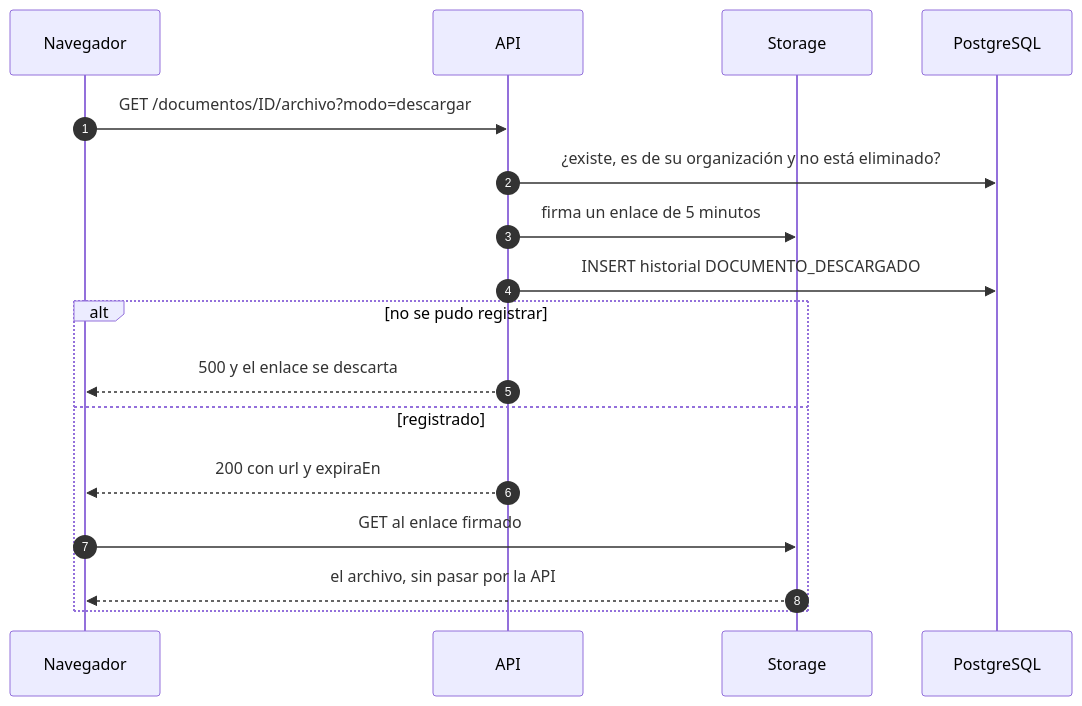
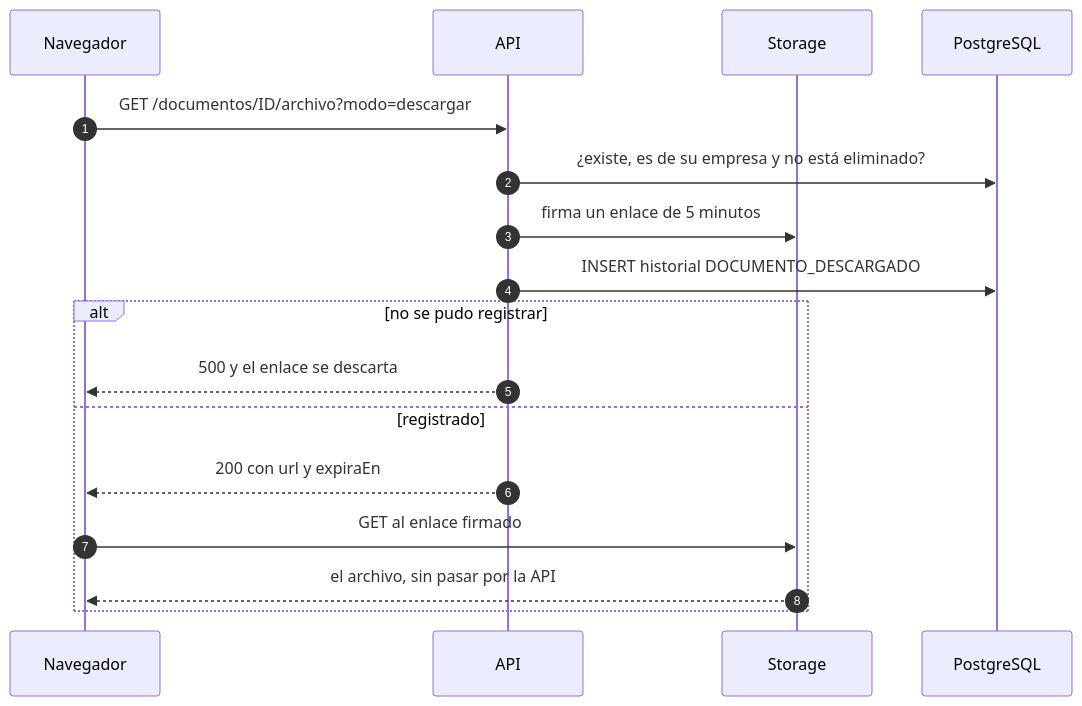
The sixth of 7 diagrams in docs/02-arquitectura.md (EarthBoundll/GestionDocumental), drawn with Mermaid before and after one commit. The commit also changed other lines of this file and 8 other files, not shown here.

````diff
--- a/docs/02-arquitectura.md
+++ b/docs/02-arquitectura.md
@@ -129,19 +161,19 @@
 ```mermaid
 sequenceDiagram
     autonumber
     participant N as Navegador
     participant A as API
     participant S as Storage
     participant BD as PostgreSQL
     N->>A: GET /documentos/ID/archivo?modo=descargar
-    A->>BD: ¿existe, es de su organización y no está eliminado?
+    A->>BD: ¿existe, es de su empresa y no está eliminado?
     A->>S: firma un enlace de 5 minutos
     A->>BD: INSERT historial DOCUMENTO_DESCARGADO
     alt no se pudo registrar
         A-->>N: 500 y el enlace se descarta
     else registrado
         A-->>N: 200 con url y expiraEn
         N->>S: GET al enlace firmado
         S-->>N: el archivo, sin pasar por la API
     end
 ```
````
